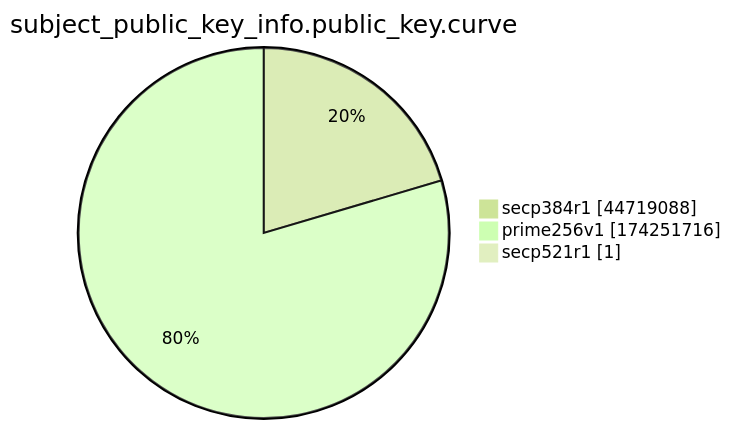
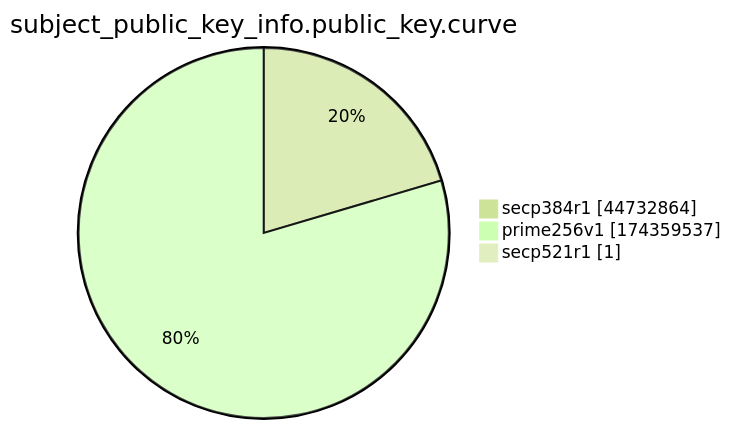
One commit to christiankrug/ctmonitor_visualization changed the ninth of 15 diagrams in xenon2022/README.md. Above: the diagram before and after it, drawn with Mermaid (forest theme). The commit also changed other lines of this file, not shown here.

````diff
--- a/xenon2022/README.md
+++ b/xenon2022/README.md
@@ -2871,7 +2871,7 @@
 ```mermaid
 pie showData
 title subject_public_key_info.public_key.curve
-"secp384r1" :44719088
-"prime256v1" :174251716
+"secp384r1" :44732864
+"prime256v1" :174359537
 "secp521r1" :1
 ```
````
